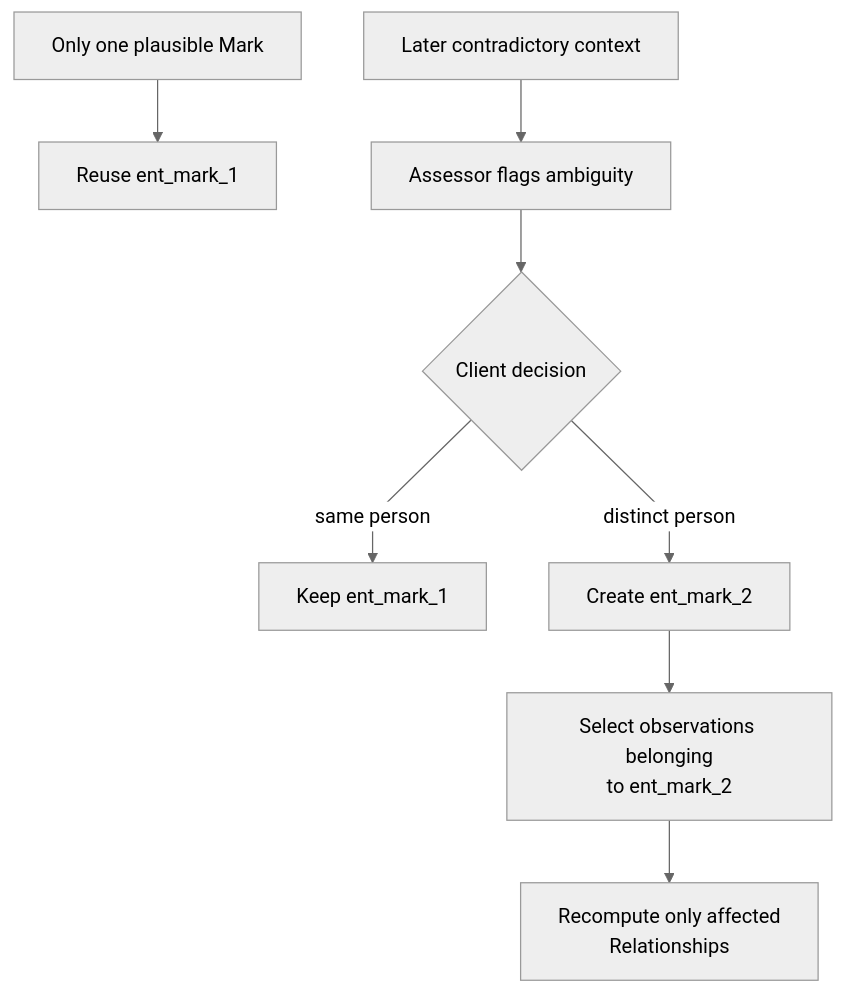
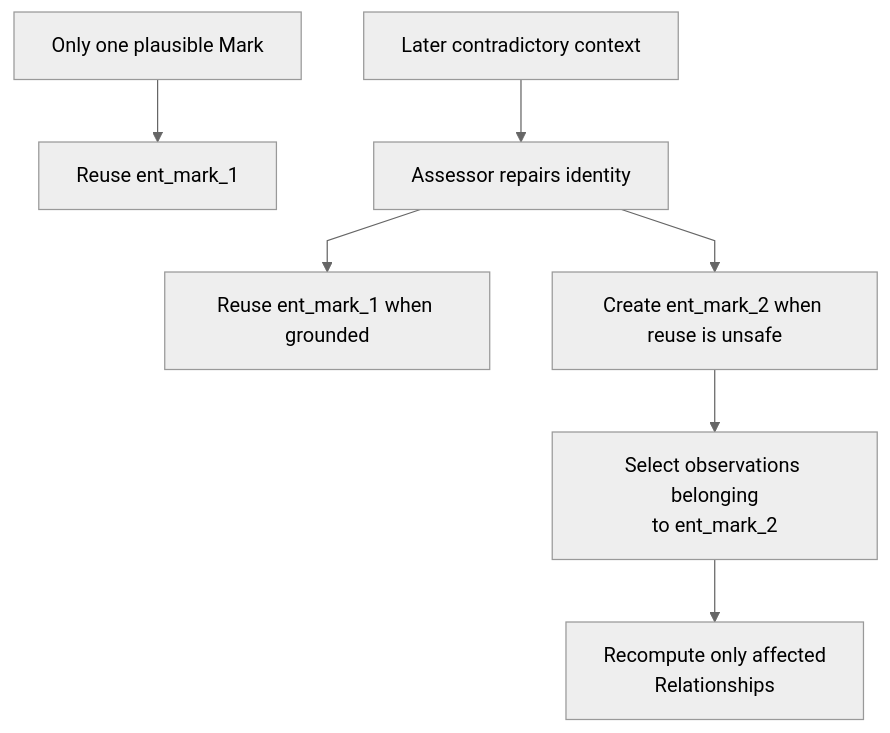
One commit to markhuangai/dense-mem changed the fourth of 7 diagrams in Entity-Identity-And-Resolution.md. Above: the diagram before and after it, drawn with Mermaid (neutral theme). The commit also changed other lines of this file and 17 other files, not shown here.

````diff
--- a/Entity-Identity-And-Resolution.md
+++ b/Entity-Identity-And-Resolution.md
@@ -213,11 +219,10 @@
 ```mermaid
 %%{init: {"flowchart": {"curve": "linear"}}}%%
 flowchart TD
   First["Only one plausible Mark"] --> Reuse["Reuse ent_mark_1"]
-  Later["Later contradictory context"] --> Flag["Assessor flags ambiguity"]
-  Flag --> Client{"Client decision"}
-  Client -- same person --> Keep["Keep ent_mark_1"]
-  Client -- distinct person --> New["Create ent_mark_2"]
+  Later["Later contradictory context"] --> Assess["Assessor repairs identity"]
+  Assess --> Keep["Reuse ent_mark_1 when grounded"]
+  Assess --> New["Create ent_mark_2 when reuse is unsafe"]
   New --> Select["Select observations belonging<br/>to ent_mark_2"]
   Select --> Rebuild["Recompute only affected<br/>Relationships"]
 ```
````
